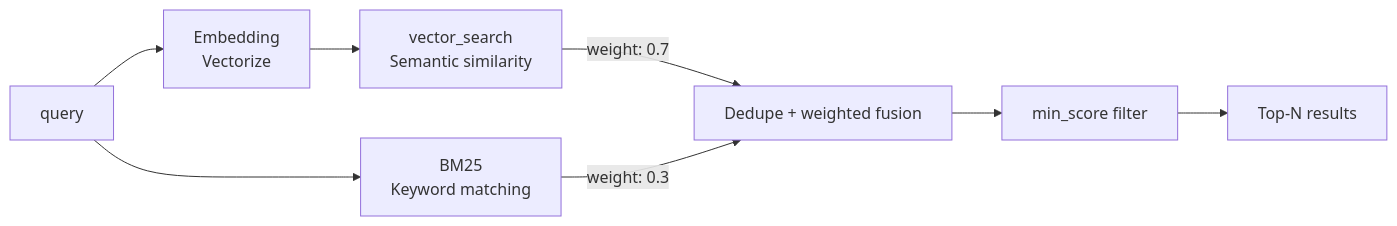
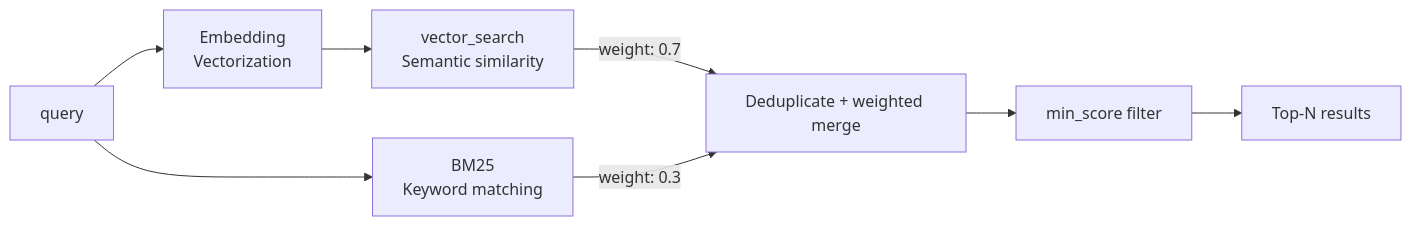
One commit to agentscope-ai/ReMe changed the sixth of 9 diagrams in README.md. Above: the diagram before and after it, drawn with Mermaid. The commit also changed other lines of this file and 1 other file, not shown here.

````diff
--- a/README.md
+++ b/README.md
@@ -295,10 +295,10 @@
 ```mermaid
 graph LR
-    Q[query] --> E[Embedding<br>Vectorize]
+    Q[query] --> E[Embedding<br>Vectorization]
     E --> V[vector_search<br>Semantic similarity]
     Q --> B[BM25<br>Keyword matching]
-    V -->|" weight: 0.7 "| M[Dedupe + weighted fusion]
+    V -->|" weight: 0.7 "| M[Deduplicate + weighted merge]
     B -->|" weight: 0.3 "| M
     M --> F[min_score filter]
     F --> R[Top-N results]
 ```
````
